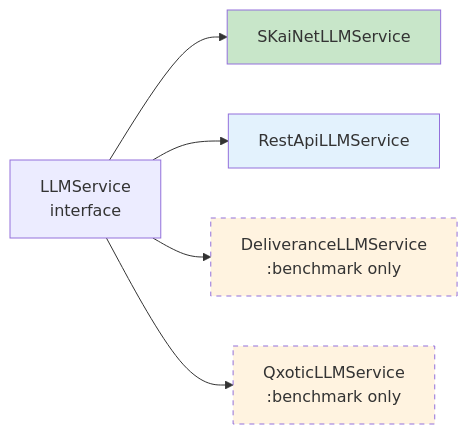
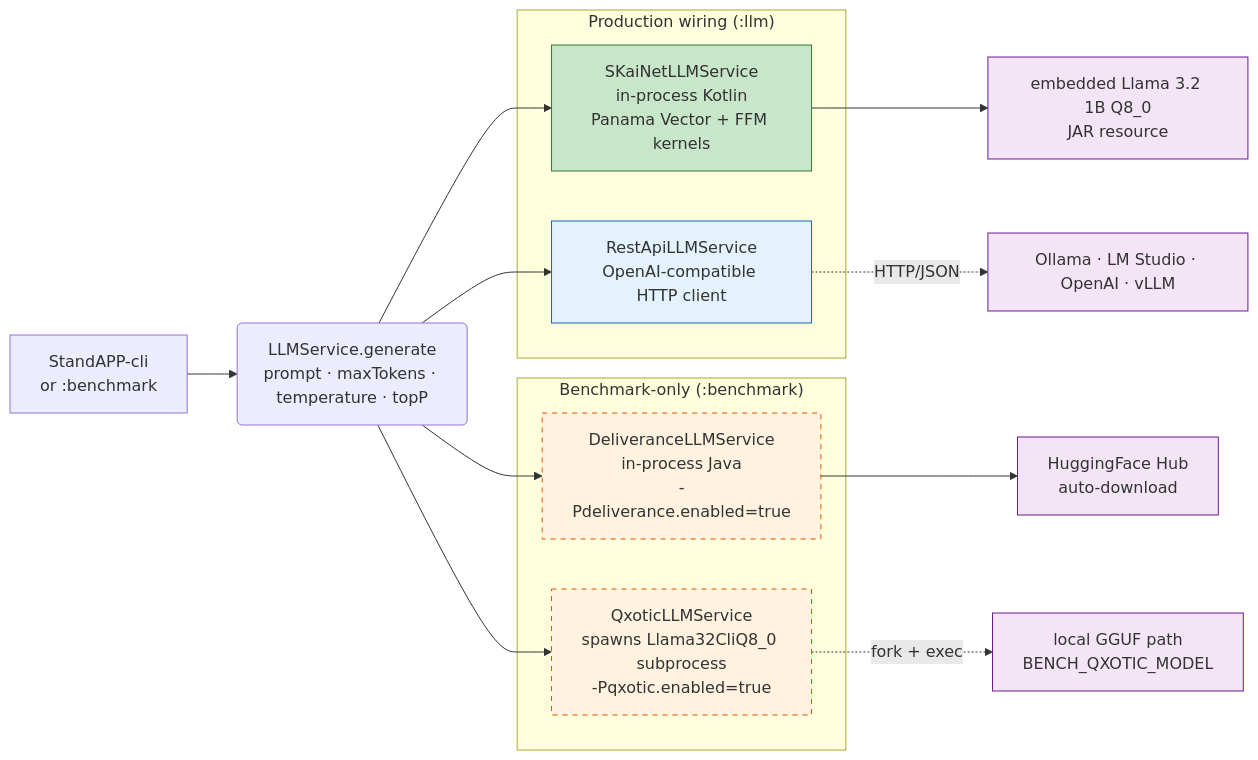
Before and after one commit to michalharakal/Daily-StandAPP: the second of 3 diagrams in docs/modules/architecture/pages/09-architecture-decisions.adoc, drawn with Mermaid. The commit also changed other lines of this file, not shown here.

Commit message:
docs: upgrade ADR-003 diagram to tell the engine-independence story
The previous diagram was four boxes hanging off LLMService — true but
not informative. The same LLMService.generate(...) call drives engines
that integrate the JVM in four genuinely different ways (Kotlin
in-process, HTTP, Java in-process, fork+exec subprocess), each pulling
a model from a different source. Showing those distinctions is the
whole point of the decision record.

The new diagram groups production vs benchmark-only with subgraphs,
calls out which arrows leave the JVM (HTTP / fork+exec) vs stay
in-process, and labels each engine's model source. Three short bullets
underneath read off the diagram explicitly so the visual is its own
explanation.

```diff
--- a/docs/modules/architecture/pages/09-architecture-decisions.adoc
+++ b/docs/modules/architecture/pages/09-architecture-decisions.adoc
@@ -106,13 +108,43 @@
 [mermaid]
 ----
-graph LR
-    IFACE[LLMService<br/>interface] --> SKAINET[SKaiNetLLMService]
-    IFACE --> REST[RestApiLLMService]
-    IFACE --> DELIVERANCE[DeliveranceLLMService<br/>:benchmark only]
-    IFACE --> QXOTIC[QxoticLLMService<br/>:benchmark only]
+flowchart LR
+    APP[StandAPP-cli<br/>or :benchmark]
 
-    style SKAINET fill:#c8e6c9
-    style REST fill:#e3f2fd
-    style DELIVERANCE fill:#fff3e0,stroke-dasharray: 5 5
-    style QXOTIC fill:#fff3e0,stroke-dasharray: 5 5
+    IFACE("LLMService.generate<br/>prompt · maxTokens · temperature · topP")
+
+    subgraph PROD["Production wiring (:llm)"]
+        SKAINET["SKaiNetLLMService<br/>in-process Kotlin<br/>Panama Vector + FFM kernels"]
+        REST["RestApiLLMService<br/>OpenAI-compatible HTTP client"]
+    end
+
+    subgraph BENCH["Benchmark-only (:benchmark)"]
+        DELIV["DeliveranceLLMService<br/>in-process Java<br/>-Pdeliverance.enabled=true"]
+        QXOTIC["QxoticLLMService<br/>spawns Llama32CliQ8_0 subprocess<br/>-Pqxotic.enabled=true"]
+    end
+
+    GGUF1["embedded Llama 3.2 1B Q8_0<br/>JAR resource"]
+    HTTP["Ollama · LM Studio · OpenAI · vLLM"]
+    HFHUB["HuggingFace Hub<br/>auto-download"]
+    GGUF2["local GGUF path<br/>BENCH_QXOTIC_MODEL"]
+
+    APP --> IFACE
+    IFACE --> SKAINET
+    IFACE --> REST
+    IFACE --> DELIV
+    IFACE --> QXOTIC
+
+    SKAINET --> GGUF1
+    REST -.->|HTTP/JSON| HTTP
+    DELIV --> HFHUB
+    QXOTIC -.->|fork + exec| GGUF2
+
+    classDef prod fill:#c8e6c9,stroke:#2e7d32
+    classDef rest fill:#e3f2fd,stroke:#1565c0
+    classDef bench fill:#fff3e0,stroke:#e65100,stroke-dasharray:5 5
+    classDef model fill:#f3e5f5,stroke:#6a1b9a
+    class SKAINET prod
+    class REST rest
+    class DELIV bench
+    class QXOTIC bench
+    class GGUF1,HTTP,HFHUB,GGUF2 model
 ----
```
